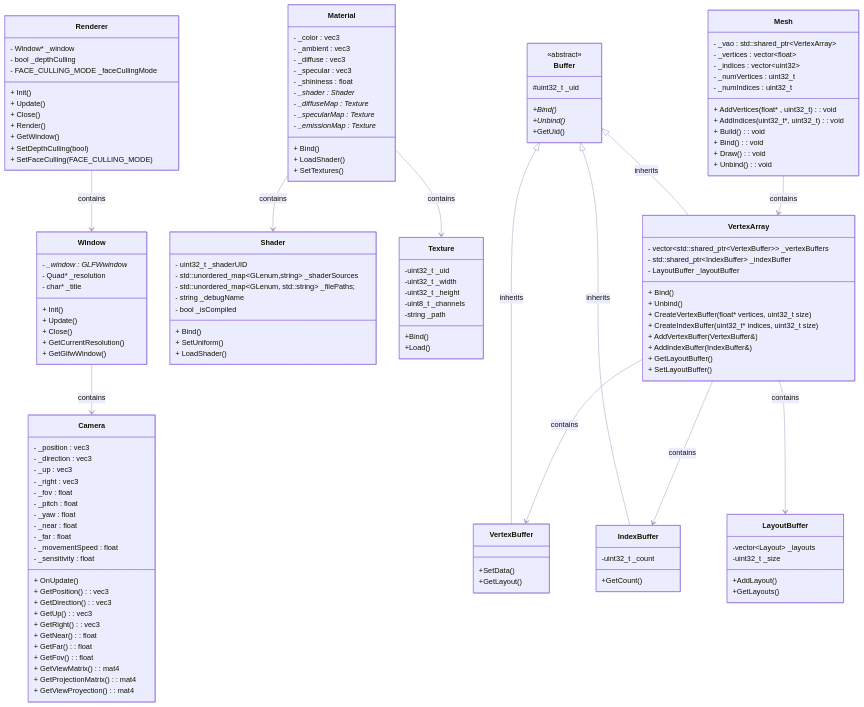
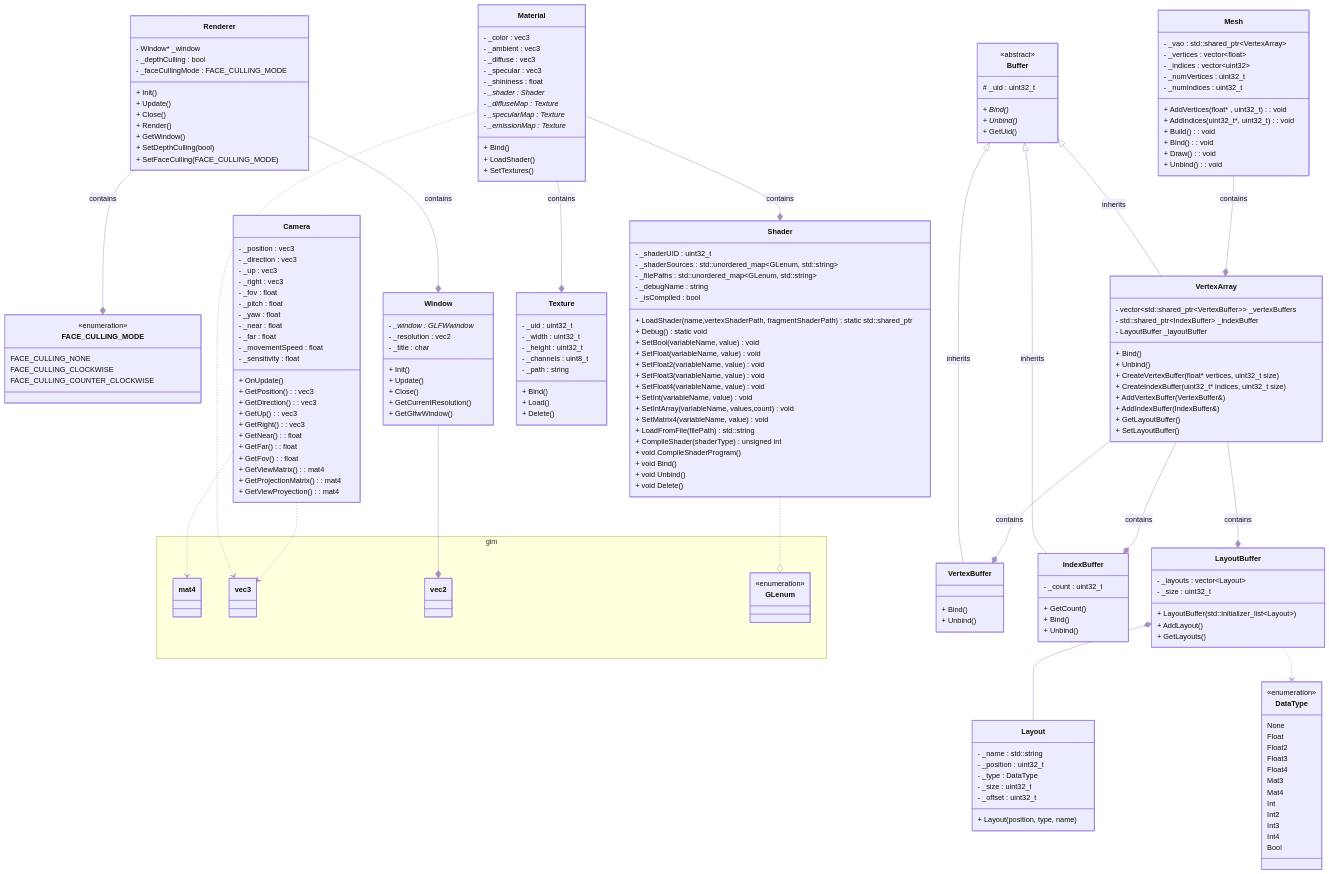
One commit to kupehtci/Cometa changed the diagram in diagrams/cometa_render.mermaid. Above: the diagram before and after it, drawn with Mermaid. The commit also changed other lines of this file and 15 other files, not shown here.

Commit message:
Diagrams and some clean up

```diff
--- a/diagrams/cometa_render.mermaid
+++ b/diagrams/cometa_render.mermaid
@@ -19,10 +19,17 @@
 
 classDiagram
     direction TB
+
+    class FACE_CULLING_MODE{
+         <<enumeration>>
+        FACE_CULLING_NONE
+        FACE_CULLING_CLOCKWISE
+        FACE_CULLING_COUNTER_CLOCKWISE
+    }
     class Renderer {
         - Window* _window
-        - bool _depthCulling
-        - FACE_CULLING_MODE _faceCullingMode
+        - _depthCulling : bool
+        - _faceCullingMode : FACE_CULLING_MODE
         + Init()
         + Update()
         + Close()
@@ -33,8 +40,8 @@
     }
     class Window {
         - _window : GLFWwindow*
-        - Quad* _resolution
-        - char* _title
+        - _resolution : vec2
+        - _title : char
         + Init()
         + Update()
         + Close()
@@ -93,23 +100,38 @@
         + Unbind() : void
     }
     class Shader {
-        - uint32_t _shaderUID
-        - std::unordered_map~GLenum,string~ _shaderSources
-        - std::unordered_map~GLenum, std::string~ _filePaths;
-        - string _debugName
-        - bool _isCompiled
-        + Bind()
-        + SetUniform()
-        + LoadShader()
+        - _shaderUID : uint32_t
+        - _shaderSources : std::unordered_map~GLenum, std::string~
+        - _filePaths : std::unordered_map~GLenum, std::string~
+        - _debugName : string
+        - _isCompiled : bool
+        + LoadShader( name,vertexShaderPath, fragmentShaderPath) static std::shared_ptr<Shader>
+        + Debug() static void
+
+        + SetBool(variableName, value) void
+        + SetFloat(variableName, value) void
+        + SetFloat2(variableName, value) void
+        + SetFloat3(variableName, value) void
+        + SetFloat4(variableName, value) void
+        + SetInt(variableName, value)  void
+        + SetIntArray(variableName, values,count) void
+        + SetMatrix4(variableName, value) void
+        + LoadFromFile(filePath) std::string
+        + CompileShader(shaderType) unsigned int
+        + void CompileShaderProgram()
+        + void Bind()
+        + void Unbind()
+        + void Delete()
     }
     class Texture {
-        -uint32_t _uid
-        -uint32_t _width
-        -uint32_t _height
-        -uint8_t _channels
-        -string _path
-        +Bind()
-        +Load()
+        - _uid : uint32_t
+        - _width : uint32_t
+        - _height : uint32_t
+        - _channels : uint8_t
+        - _path : string
+        + Bind()
+        + Load()
+        + Delete()
     }
     class VertexArray {
         - vector~std::shared_ptr~VertexBuffer~~ _vertexBuffers
@@ -126,37 +148,100 @@
         + SetLayoutBuffer()
     }
     class Buffer {
-        #uint32_t _uid
+        <<abstract>>
+        # _uid : uint32_t
 
-        +Bind()*
-        +Unbind()*
-        +GetUid()
+        + Bind()*
+        + Unbind()*
+        + GetUid()
     }
     class VertexBuffer {
-        +SetData()
-        +GetLayout()
+        + Bind()
+        + Unbind()
     }
     class IndexBuffer {
-        -uint32_t _count
-        +GetCount()
+        - _count : uint32_t
+        + GetCount()
+        + Bind()
+        + Unbind()
     }
     class LayoutBuffer {
-        -vector~Layout~ _layouts
-        -uint32_t _size
-        +AddLayout()
-        +GetLayouts()
+        - _layouts : vector~Layout~
+        - _size : uint32_t
+        + LayoutBuffer(std::initializer_list~Layout~)
+        + AddLayout()
+        + GetLayouts()
+    }
+
+    class Layout{
+        - _name : std::string
+        - _position : uint32_t
+        - _type : DataType
+        - _size : uint32_t
+        - _offset : uint32_t
+
+        + Layout(position, type, name)
+    }
+
+    class DataType{
+        <<enumeration>>
+        None
+        Float
+        Float2
+        Float3
+        Float4
+        Mat3
+        Mat4
+        Int
+        Int2
+        Int3
+        Int4
+        Bool
     }
 
     <<abstract>> Buffer
 
-    Renderer --> Window : contains
-    Window --> Camera : contains
-    Material --> Shader : contains
-    Material --> Texture : contains
-    Mesh --> VertexArray : contains
-    VertexArray --> VertexBuffer : contains
-    VertexArray --> IndexBuffer : contains
-    VertexArray --> LayoutBuffer : contains
+    Renderer --* Window : contains
+    Renderer --* FACE_CULLING_MODE : contains
+    Material --* Shader : contains
+    Material --* Texture : contains
+    Mesh --* VertexArray : contains
+    VertexArray --* VertexBuffer : contains
+    VertexArray --* IndexBuffer : contains
+    VertexArray --* LayoutBuffer : contains
     Buffer <|-- VertexBuffer : inherits
     Buffer <|-- IndexBuffer : inherits
     Buffer <|-- VertexArray : inherits
+    LayoutBuffer *-- Layout
+
+    LayoutBuffer ..> DataType
+
+
+    %% Extern classes
+    namespace glm {
+        class mat4{
+
+        }
+
+        class vec3{
+%%            + x : float
+%%            + y : float
+%%            + z : float
+        }
+
+        class vec2{
+%%            + x : float
+%%            + y : float
+        }
+
+        class GLenum{
+            <<enumeration>>
+        }
+
+    }
+
+    Window --* vec2
+    Camera ..> mat4
+    Camera ..> vec3
+    Material ..> vec3
+    Shader ..o GLenum
```
